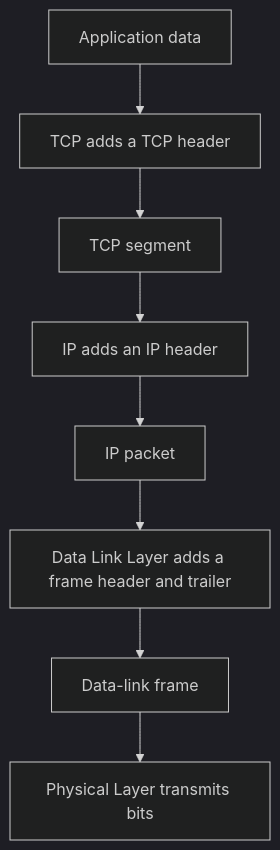
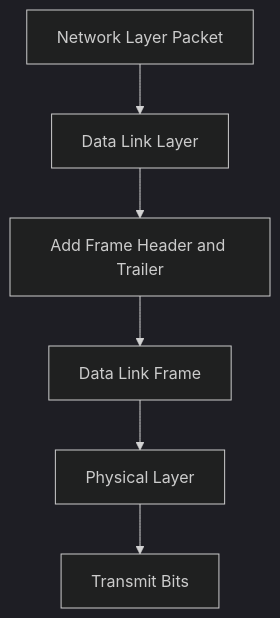
One commit to aswath0001/Internet-Networking changed the second of 3 diagrams in 11.md. Above: the diagram before and after it, drawn with Mermaid (dark theme). The commit also changed other lines of this file, not shown here.

````diff
--- a/11.md
+++ b/11.md
@@ -1300,13 +94,15 @@
-``` mermaid
+```mermaid
 flowchart TD
-    A["Application data"]
-    B["TCP adds a TCP header"]
-    C["TCP segment"]
-    D["IP adds an IP header"]
-    E["IP packet"]
-    F["Data Link Layer adds a frame header and trailer"]
-    G["Data-link frame"]
-    H["Physical Layer transmits bits"]
+    A["Network Layer Packet"]
+    B["Data Link Layer"]
+    C["Add Frame Header and Trailer"]
+    D["Data Link Frame"]
+    E["Physical Layer"]
+    F["Transmit Bits"]
 
-    A --> B --> C --> D --> E --> F --> G --> H
+    A --> B
+    B --> C
+    C --> D
+    D --> E
+    E --> F
 ```
````
